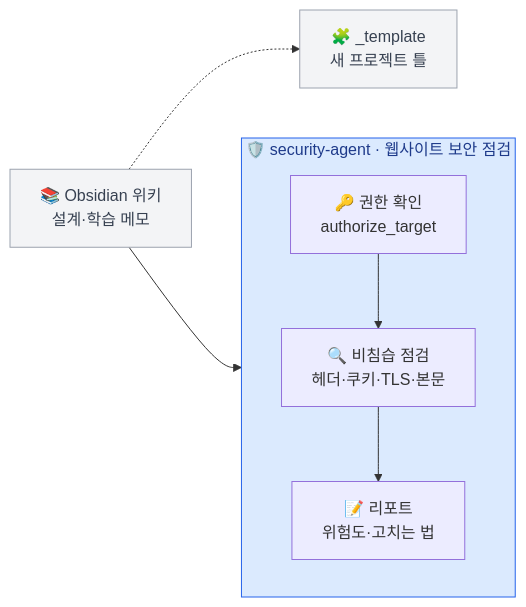
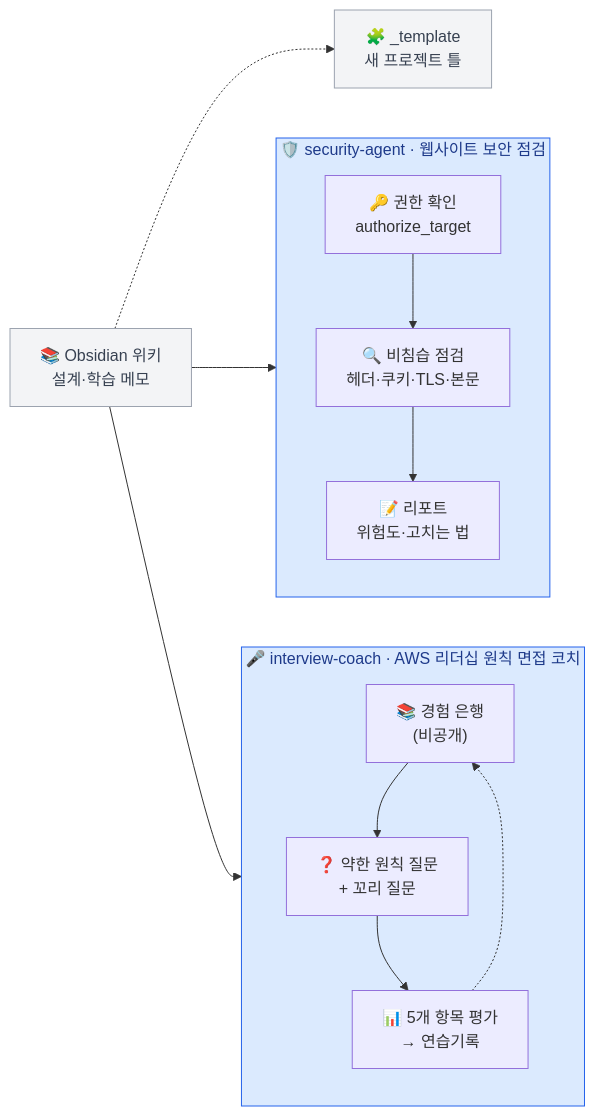
Before and after one commit to DODO-YONG/Obsidian: the diagram in README.md, drawn with Mermaid. The commit also changed other lines of this file and 14 other files, not shown here.

First line of the commit message:
interview-coach: AWS 리더십 원칙 면접 코치 에이전트 첫 버전

````diff
--- a/README.md
+++ b/README.md
@@ -7,20 +7,29 @@
 ```mermaid
 flowchart LR
   W["📚 Obsidian 위키<br/>설계·학습 메모"]
   T["🧩 _template<br/>새 프로젝트 틀"]
   W -.-> T
 
   subgraph SA["🛡️ security-agent · 웹사이트 보안 점검"]
     direction TB
     SA1["🔑 권한 확인<br/>authorize_target"] --> SA2["🔍 비침습 점검<br/>헤더·쿠키·TLS·본문"]
     SA2 --> SA3["📝 리포트<br/>위험도·고치는 법"]
   end
   W --> SA
 
+  subgraph IC["🎤 interview-coach · AWS 리더십 원칙 면접 코치"]
+    direction TB
+    IC1["📚 경험 은행<br/>(비공개)"] --> IC2["❓ 약한 원칙 질문<br/>+ 꼬리 질문"]
+    IC2 --> IC3["📊 5개 항목 평가<br/>→ 연습기록"]
+    IC3 -.-> IC1
+  end
+  W --> IC
+
   classDef plan fill:#fff4d6,stroke:#d9a400,color:#5a4500
   classDef dev fill:#dbeafe,stroke:#2563eb,color:#1e3a8a
   classDef done fill:#dcfce7,stroke:#16a34a,color:#14532d
   classDef base fill:#f3f4f6,stroke:#9ca3af,color:#374151
   class W,T base
   style SA fill:#dbeafe,stroke:#2563eb,color:#1e3a8a
+  style IC fill:#dbeafe,stroke:#2563eb,color:#1e3a8a
 ```
````
